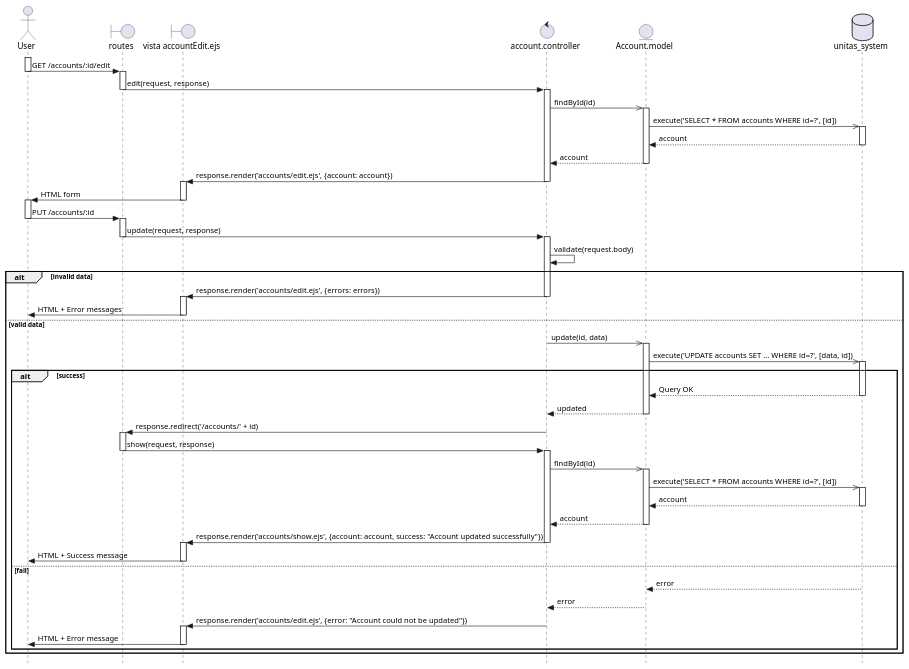
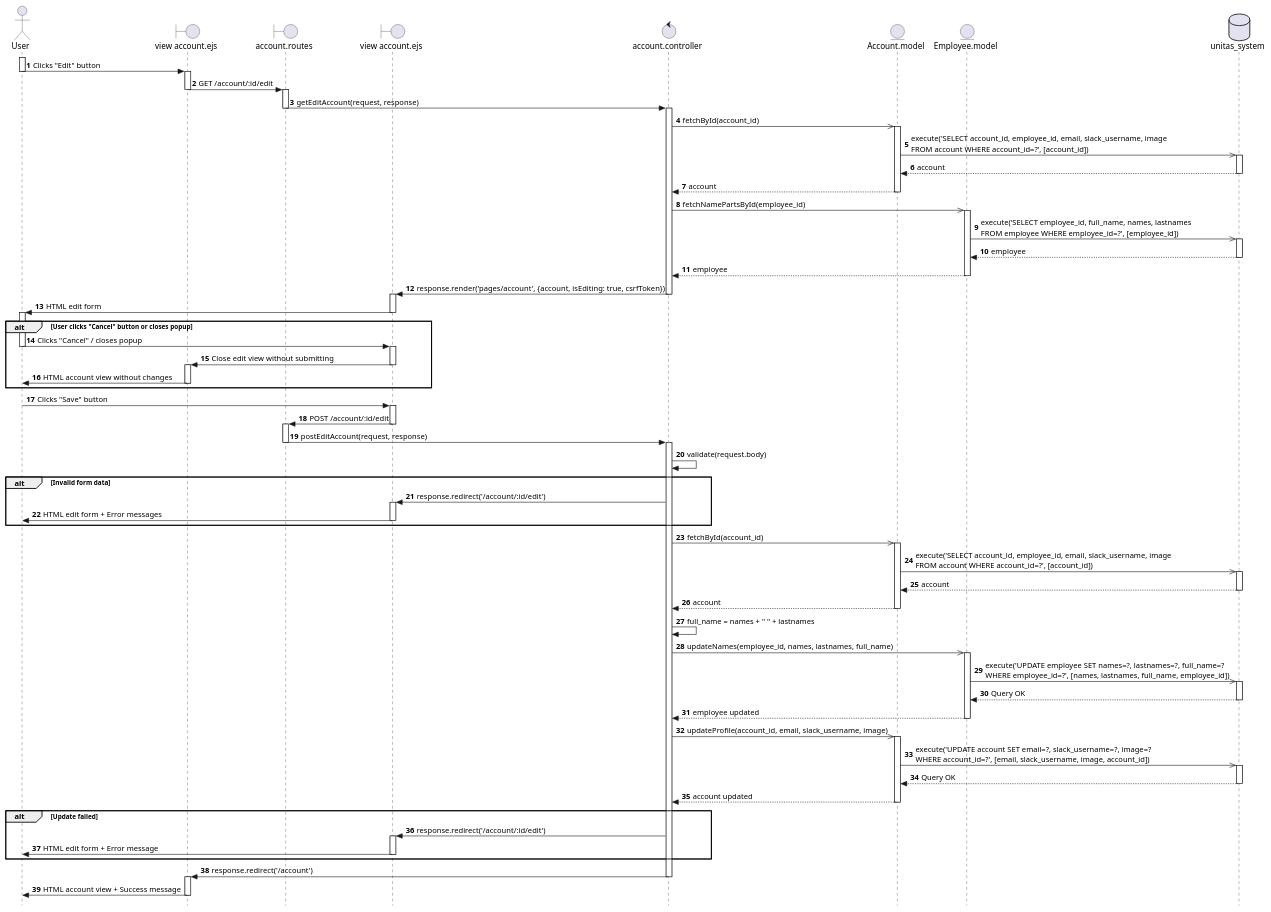
One commit to Berthou05/LimboSoftwareDevelopment_Change.org changed the diagram in documentation/sequence_diagrams/ACC-02.puml. Above: the diagram before and after it, drawn with PlantUML. The commit also changed 16 other files, not shown here.

Commit message:
[ACC-02] Edit account implemented

```diff
--- a/documentation/sequence_diagrams/ACC-02.puml
+++ b/documentation/sequence_diagrams/ACC-02.puml
@@ -1,96 +1,119 @@
 @startuml
 skinparam style strictuml
 
 actor User as U
-boundary "routes" as RO
-boundary "vista accountEdit.ejs" as V
+boundary "view account.ejs" as AV
+boundary "account.routes" as RO
+boundary "view account.ejs" as EV
 control "account.controller" as C
 entity "Account.model" as AM
+entity "Employee.model" as EM
 database "unitas_system" as BD
 
-activate U
-U -> RO:GET /accounts/:id/edit
-deactivate U
-    activate RO
-    RO -> C:edit(request, response)
-    deactivate RO
-        activate C
-        C ->> AM:findById(id)
-            activate AM
-            AM ->> BD:execute('SELECT * FROM accounts WHERE id=?', [id])
-                activate BD
-                BD --> AM:account
-                deactivate BD
-            AM --> C:account
-            deactivate AM
-        C -> V:response.render('accounts/edit.ejs', {account: account})
-        deactivate C
-    activate V
-    V -> U:HTML form
-    deactivate V
+autonumber
 
 activate U
-U -> RO:PUT /accounts/:id
+U -> AV: Clicks "Edit" button
 deactivate U
-    activate RO
-    RO -> C:update(request, response)
-    deactivate RO
-        activate C
-        C -> C:validate(request.body)
-        
-        alt invalid data
-            C -> V:response.render('accounts/edit.ejs', {errors: errors})
-            deactivate C
-                activate V
-                V -> U:HTML + Error messages
-                deactivate V
-        
-        else valid data
-            C ->> AM:update(id, data)
-                activate AM
-                AM ->> BD:execute('UPDATE accounts SET ... WHERE id=?', [data, id])
-                    activate BD
-                    
-                    alt success
-                        BD --> AM:Query OK
-                        deactivate BD
-                        AM --> C:updated
-                        deactivate AM
-                        
-                        C -> RO:response.redirect('/accounts/' + id)
-                        deactivate C
-                            activate RO
-                            RO -> C:show(request, response)
-                            deactivate RO
-                                activate C
-                                C ->> AM:findById(id)
-                                    activate AM
-                                    AM ->> BD:execute('SELECT * FROM accounts WHERE id=?', [id])
-                                        activate BD
-                                        BD --> AM:account
-                                        deactivate BD
-                                    AM --> C:account
-                                    deactivate AM
-                                C -> V:response.render('accounts/show.ejs', {account: account, success: "Account updated successfully"})
-                                deactivate C
-                                    activate V
-                                    V -> U:HTML + Success message
-                                    deactivate V
-                    
-                    else fail
-                        BD --> AM:error
-                        deactivate BD
-                        AM --> C:error
-                        deactivate AM
-                        
-                        C -> V:response.render('accounts/edit.ejs', {error: "Account could not be updated"})
-                        deactivate C
-                            activate V
-                            V -> U:HTML + Error message
-                            deactivate V
-                    end
-        end
+activate AV
+AV -> RO: GET /account/:id/edit
+deactivate AV
+activate RO
+RO -> C: getEditAccount(request, response)
+deactivate RO
+activate C
+C ->> AM: fetchById(account_id)
+activate AM
+AM ->> BD: execute('SELECT account_id, employee_id, email, slack_username, image\nFROM account WHERE account_id=?', [account_id])
+activate BD
+BD --> AM: account
+deactivate BD
+AM --> C: account
+deactivate AM
+C ->> EM: fetchNamePartsById(employee_id)
+activate EM
+EM ->> BD: execute('SELECT employee_id, full_name, names, lastnames\nFROM employee WHERE employee_id=?', [employee_id])
+activate BD
+BD --> EM: employee
+deactivate BD
+EM --> C: employee
+deactivate EM
+C -> EV: response.render('pages/account', {account, isEditing: true, csrfToken})
+deactivate C
+activate EV
+EV -> U: HTML edit form
+deactivate EV
+
+alt User clicks "Cancel" button or closes popup
+    activate U
+    U -> EV: Clicks "Cancel" / closes popup
+    deactivate U
+    activate EV
+    EV -> AV: Close edit view without submitting
+    deactivate EV
+    activate AV
+    AV -> U: HTML account view without changes
+    deactivate AV
+end
 
 activate U
+U -> EV: Clicks "Save" button
+deactivate U
+activate EV
+EV -> RO: POST /account/:id/edit
+deactivate EV
+activate RO
+RO -> C: postEditAccount(request, response)
+deactivate RO
+activate C
+C -> C: validate(request.body)
+
+alt Invalid form data
+    C -> EV: response.redirect('/account/:id/edit')
+    activate EV
+    EV -> U: HTML edit form + Error messages
+    deactivate EV
+end
+
+C ->> AM: fetchById(account_id)
+activate AM
+AM ->> BD: execute('SELECT account_id, employee_id, email, slack_username, image\nFROM account WHERE account_id=?', [account_id])
+activate BD
+BD --> AM: account
+deactivate BD
+AM --> C: account
+deactivate AM
+
+C -> C: full_name = names + " " + lastnames
+C ->> EM: updateNames(employee_id, names, lastnames, full_name)
+activate EM
+EM ->> BD: execute('UPDATE employee SET names=?, lastnames=?, full_name=?\nWHERE employee_id=?', [names, lastnames, full_name, employee_id])
+activate BD
+BD --> EM: Query OK
+deactivate BD
+EM --> C: employee updated
+deactivate EM
+
+C ->> AM: updateProfile(account_id, email, slack_username, image)
+activate AM
+AM ->> BD: execute('UPDATE account SET email=?, slack_username=?, image=?\nWHERE account_id=?', [email, slack_username, image, account_id])
+activate BD
+BD --> AM: Query OK
+deactivate BD
+AM --> C: account updated
+deactivate AM
+
+alt Update failed
+    C -> EV: response.redirect('/account/:id/edit')
+    activate EV
+    EV -> U: HTML edit form + Error message
+    deactivate EV
+end
+
+C -> AV: response.redirect('/account')
+deactivate C
+activate AV
+AV -> U: HTML account view + Success message
+deactivate AV
 
 @enduml
```
